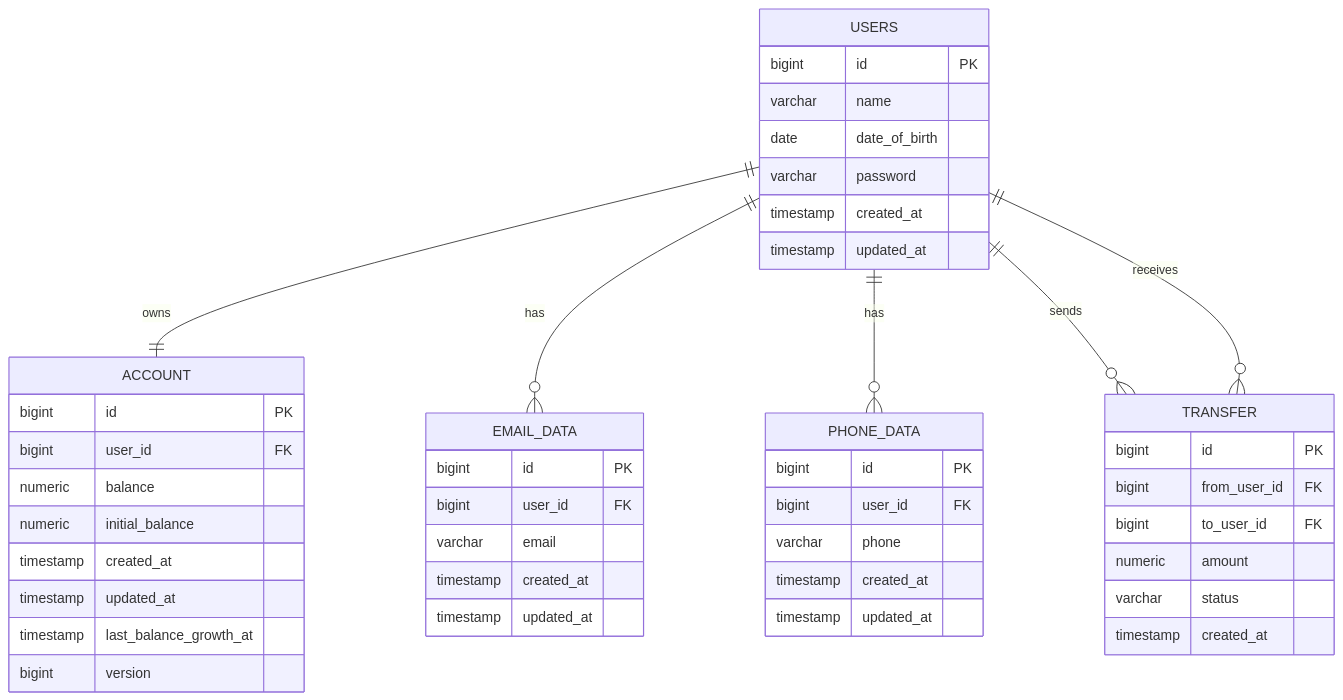
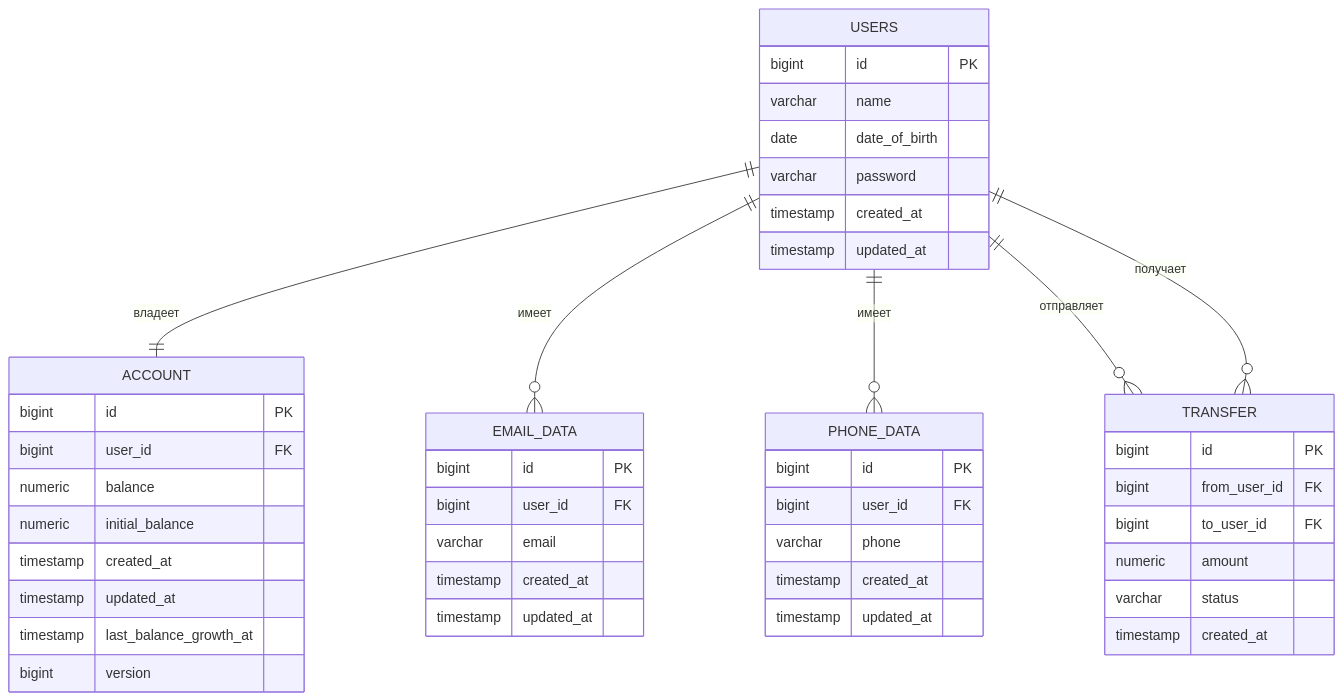
The diagram in docs/database.md (kirill-strinadka/secure-bank-api), drawn with Mermaid before and after one commit. The commit also changed other lines of this file, not shown here.

````diff
--- a/docs/database.md
+++ b/docs/database.md
@@ -7,53 +7,53 @@
 ```mermaid
 erDiagram
     USERS {
         bigint id PK
         varchar name
         date date_of_birth
         varchar password
         timestamp created_at
         timestamp updated_at
     }
 
     ACCOUNT {
         bigint id PK
         bigint user_id FK
         numeric balance
         numeric initial_balance
         timestamp created_at
         timestamp updated_at
         timestamp last_balance_growth_at
         bigint version
     }
 
     EMAIL_DATA {
         bigint id PK
         bigint user_id FK
         varchar email
         timestamp created_at
         timestamp updated_at
     }
 
     PHONE_DATA {
         bigint id PK
         bigint user_id FK
         varchar phone
         timestamp created_at
         timestamp updated_at
     }
 
     TRANSFER {
         bigint id PK
         bigint from_user_id FK
         bigint to_user_id FK
         numeric amount
         varchar status
         timestamp created_at
     }
 
-    USERS ||--|| ACCOUNT : owns
-    USERS ||--o{ EMAIL_DATA : has
-    USERS ||--o{ PHONE_DATA : has
-    USERS ||--o{ TRANSFER : sends
-    USERS ||--o{ TRANSFER : receives
+    USERS ||--|| ACCOUNT : владеет
+    USERS ||--o{ EMAIL_DATA : имеет
+    USERS ||--o{ PHONE_DATA : имеет
+    USERS ||--o{ TRANSFER : отправляет
+    USERS ||--o{ TRANSFER : получает
 ```
````
